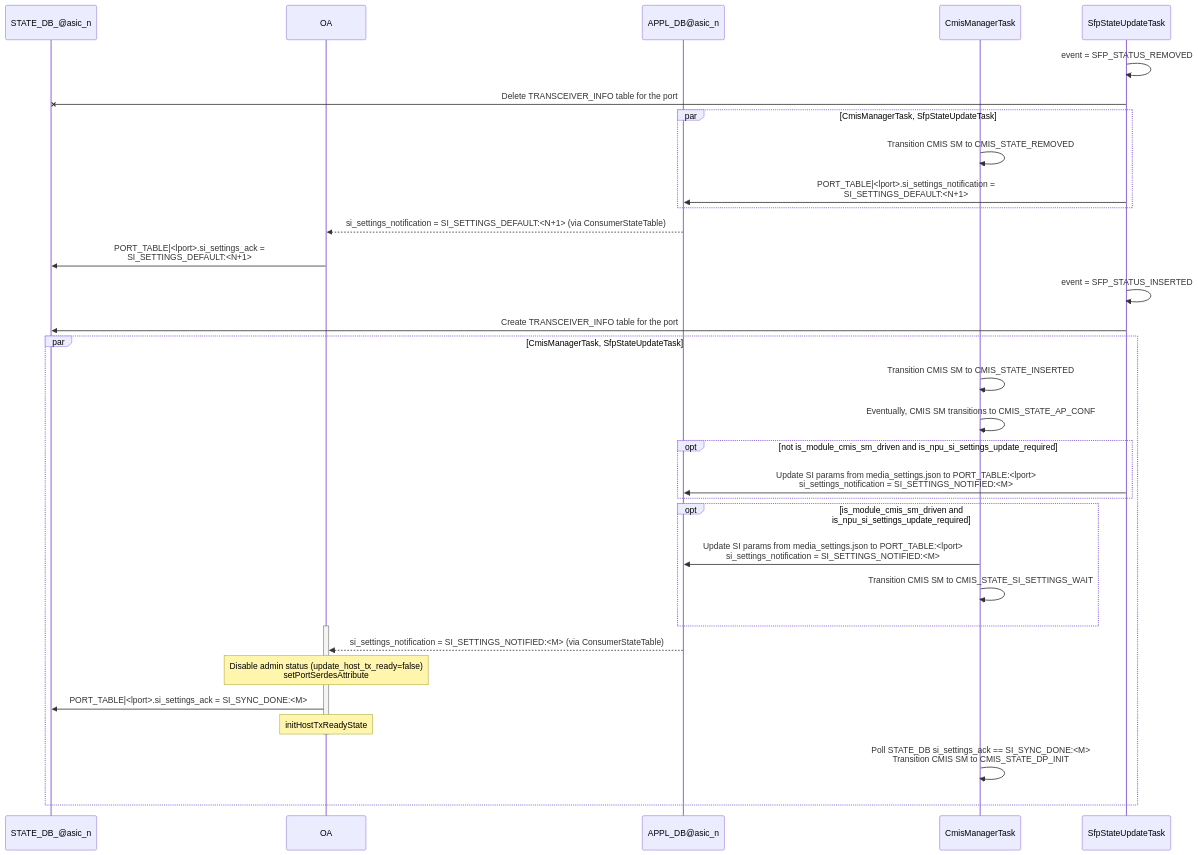
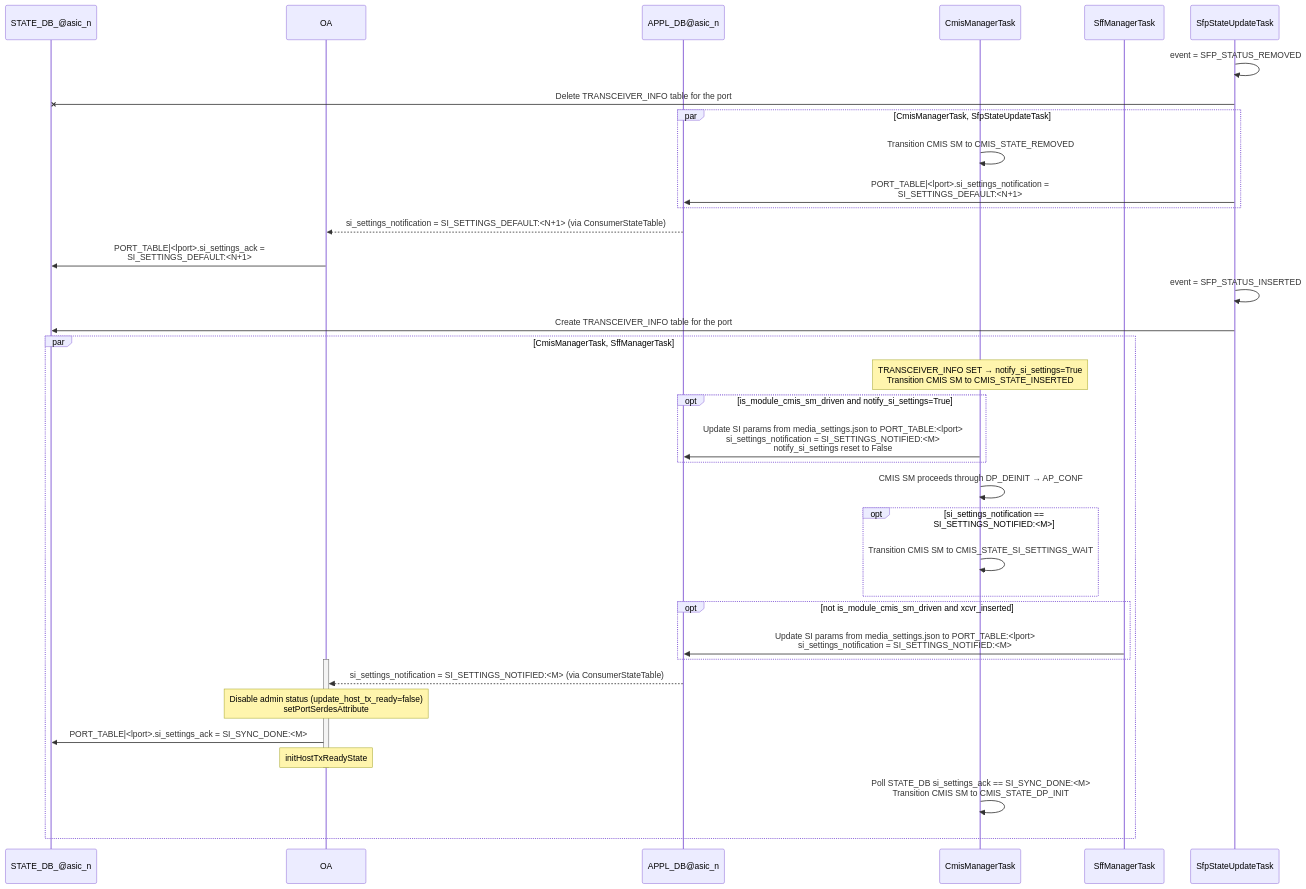
One commit to sonic-net/SONiC changed the fifth of 6 diagrams in doc/sfp-cmis/Interface-Link-bring-up-sequence.md. Above: the diagram before and after it, drawn with Mermaid. The commit also changed other lines of this file, not shown here.

````diff
--- a/doc/sfp-cmis/Interface-Link-bring-up-sequence.md
+++ b/doc/sfp-cmis/Interface-Link-bring-up-sequence.md
@@ -393,38 +427,41 @@
 ```mermaid
 sequenceDiagram
     participant STATE_DB as STATE_DB_@asic_n
     participant OA
     participant APPL_DB as APPL_DB@asic_n
     participant CmisManagerTask
+    participant SffManagerTask
     participant SfpStateUpdateTask
 
     SfpStateUpdateTask ->> SfpStateUpdateTask : event = SFP_STATUS_REMOVED
     SfpStateUpdateTask -x STATE_DB : Delete TRANSCEIVER_INFO table for the port
-    par         CmisManagerTask, SfpStateUpdateTask
+    par CmisManagerTask, SfpStateUpdateTask
         CmisManagerTask ->> CmisManagerTask : Transition CMIS SM to CMIS_STATE_REMOVED
         SfpStateUpdateTask ->> APPL_DB : PORT_TABLE|<lport>.si_settings_notification = <br> SI_SETTINGS_DEFAULT:<N+1>
     end
     APPL_DB -->> OA: si_settings_notification = SI_SETTINGS_DEFAULT:<N+1> (via ConsumerStateTable)
     OA ->> STATE_DB : PORT_TABLE|<lport>.si_settings_ack = <br> SI_SETTINGS_DEFAULT:<N+1>
 
     SfpStateUpdateTask ->> SfpStateUpdateTask : event = SFP_STATUS_INSERTED
     SfpStateUpdateTask ->> STATE_DB : Create TRANSCEIVER_INFO table for the port
-    par CmisManagerTask, SfpStateUpdateTask
-        CmisManagerTask ->> CmisManagerTask : Transition CMIS SM to CMIS_STATE_INSERTED
-        CmisManagerTask ->> CmisManagerTask : Eventually, CMIS SM transitions to CMIS_STATE_AP_CONF
-        opt not is_module_cmis_sm_driven and is_npu_si_settings_update_required
-          SfpStateUpdateTask ->> APPL_DB: Update SI params from media_settings.json to PORT_TABLE:<lport><br>si_settings_notification = SI_SETTINGS_NOTIFIED:<M>
+    par CmisManagerTask, SffManagerTask
+        Note over CmisManagerTask: TRANSCEIVER_INFO SET → notify_si_settings=True<br>Transition CMIS SM to CMIS_STATE_INSERTED
+        opt is_module_cmis_sm_driven and notify_si_settings=True
+          CmisManagerTask ->> APPL_DB: Update SI params from media_settings.json to PORT_TABLE:<lport><br>si_settings_notification = SI_SETTINGS_NOTIFIED:<M><br>notify_si_settings reset to False
         end
-        opt is_module_cmis_sm_driven and is_npu_si_settings_update_required
-          CmisManagerTask ->> APPL_DB: Update SI params from media_settings.json to PORT_TABLE:<lport><br>si_settings_notification = SI_SETTINGS_NOTIFIED:<M>
+        CmisManagerTask ->> CmisManagerTask : CMIS SM proceeds through DP_DEINIT → AP_CONF
+        opt si_settings_notification == SI_SETTINGS_NOTIFIED:<M>
           CmisManagerTask ->> CmisManagerTask : Transition CMIS SM to CMIS_STATE_SI_SETTINGS_WAIT
+        end
+        opt not is_module_cmis_sm_driven and xcvr_inserted
+          SffManagerTask ->> APPL_DB: Update SI params from media_settings.json to PORT_TABLE:<lport><br>si_settings_notification = SI_SETTINGS_NOTIFIED:<M>
         end
         activate OA
         APPL_DB -->> OA: si_settings_notification = SI_SETTINGS_NOTIFIED:<M> (via ConsumerStateTable)
         Note over OA: Disable admin status (update_host_tx_ready=false)<br>setPortSerdesAttribute
         OA ->> STATE_DB: PORT_TABLE|<lport>.si_settings_ack = SI_SYNC_DONE:<M>
         Note over OA: initHostTxReadyState
         deactivate OA
         CmisManagerTask ->> CmisManagerTask : Poll STATE_DB si_settings_ack == SI_SYNC_DONE:<M><br>Transition CMIS SM to CMIS_STATE_DP_INIT
     end
 ```
````
